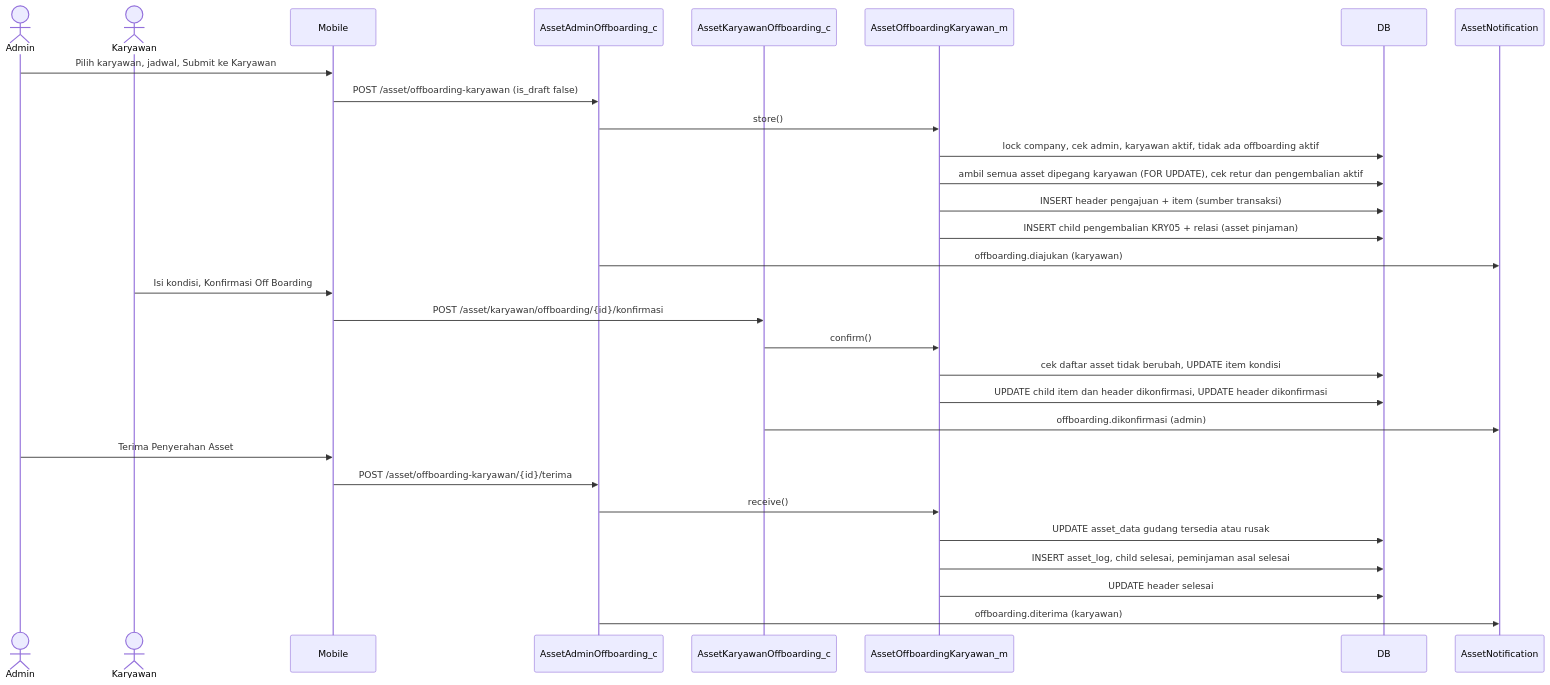
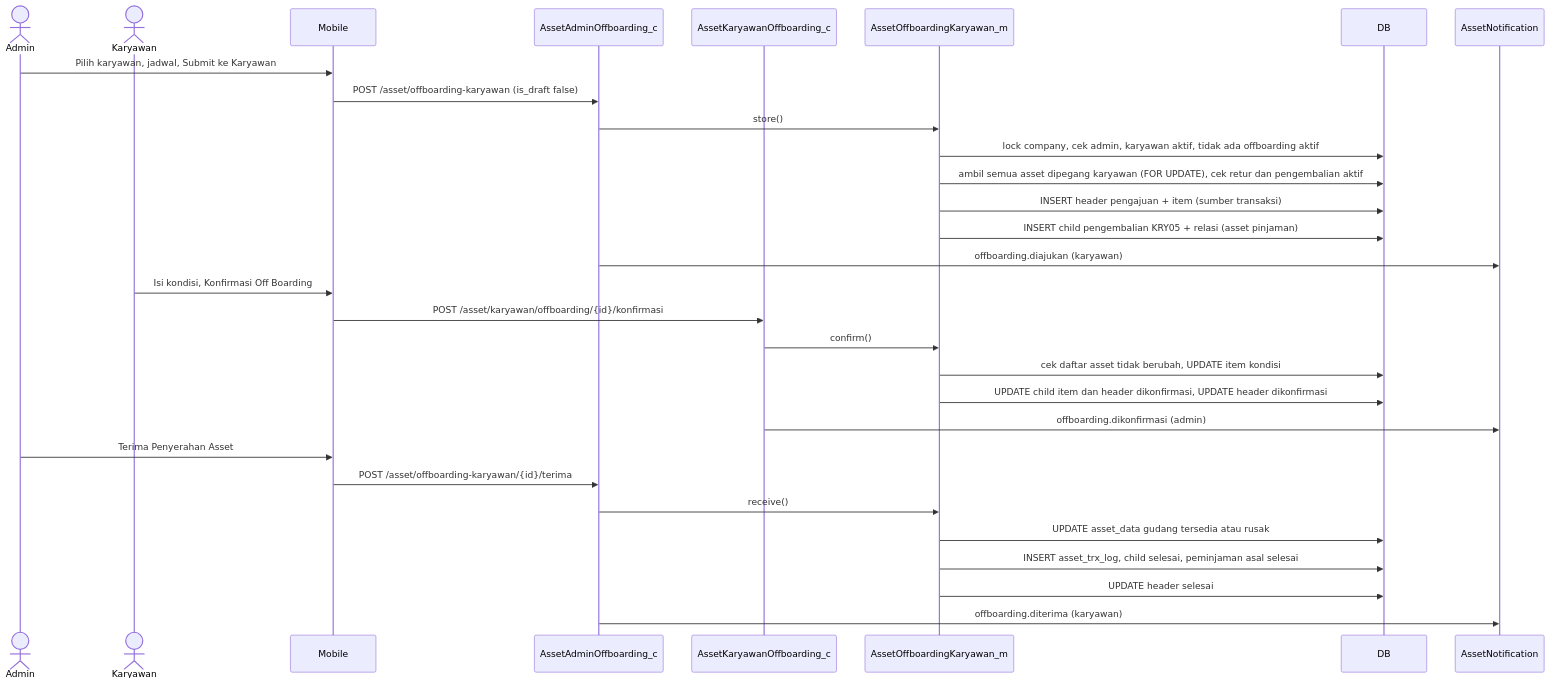
Before and after one commit to setiyawan12/DOKUMENTASI-ASSET: the second of 4 diagrams in dokumentasi-asset-offboarding-karyawan.md, drawn with Mermaid. The commit also changed other lines of this file and 34 other files, not shown here.

````diff
--- a/dokumentasi-asset-offboarding-karyawan.md
+++ b/dokumentasi-asset-offboarding-karyawan.md
@@ -276,33 +276,33 @@
 ```mermaid
 sequenceDiagram
     actor A as Admin
     actor K as Karyawan
     participant M as Mobile
     participant CA as AssetAdminOffboarding_c
     participant CK as AssetKaryawanOffboarding_c
     participant O as AssetOffboardingKaryawan_m
     participant DB
     participant N as AssetNotification
 
     A->>M: Pilih karyawan, jadwal, Submit ke Karyawan
     M->>CA: POST /asset/offboarding-karyawan (is_draft false)
     CA->>O: store()
     O->>DB: lock company, cek admin, karyawan aktif, tidak ada offboarding aktif
     O->>DB: ambil semua asset dipegang karyawan (FOR UPDATE), cek retur dan pengembalian aktif
     O->>DB: INSERT header pengajuan + item (sumber transaksi)
     O->>DB: INSERT child pengembalian KRY05 + relasi (asset pinjaman)
     CA->>N: offboarding.diajukan (karyawan)
     K->>M: Isi kondisi, Konfirmasi Off Boarding
     M->>CK: POST /asset/karyawan/offboarding/{id}/konfirmasi
     CK->>O: confirm()
     O->>DB: cek daftar asset tidak berubah, UPDATE item kondisi
     O->>DB: UPDATE child item dan header dikonfirmasi, UPDATE header dikonfirmasi
     CK->>N: offboarding.dikonfirmasi (admin)
     A->>M: Terima Penyerahan Asset
     M->>CA: POST /asset/offboarding-karyawan/{id}/terima
     CA->>O: receive()
     O->>DB: UPDATE asset_data gudang tersedia atau rusak
-    O->>DB: INSERT asset_log, child selesai, peminjaman asal selesai
+    O->>DB: INSERT asset_trx_log, child selesai, peminjaman asal selesai
     O->>DB: UPDATE header selesai
     CA->>N: offboarding.diterima (karyawan)
 ```
````
